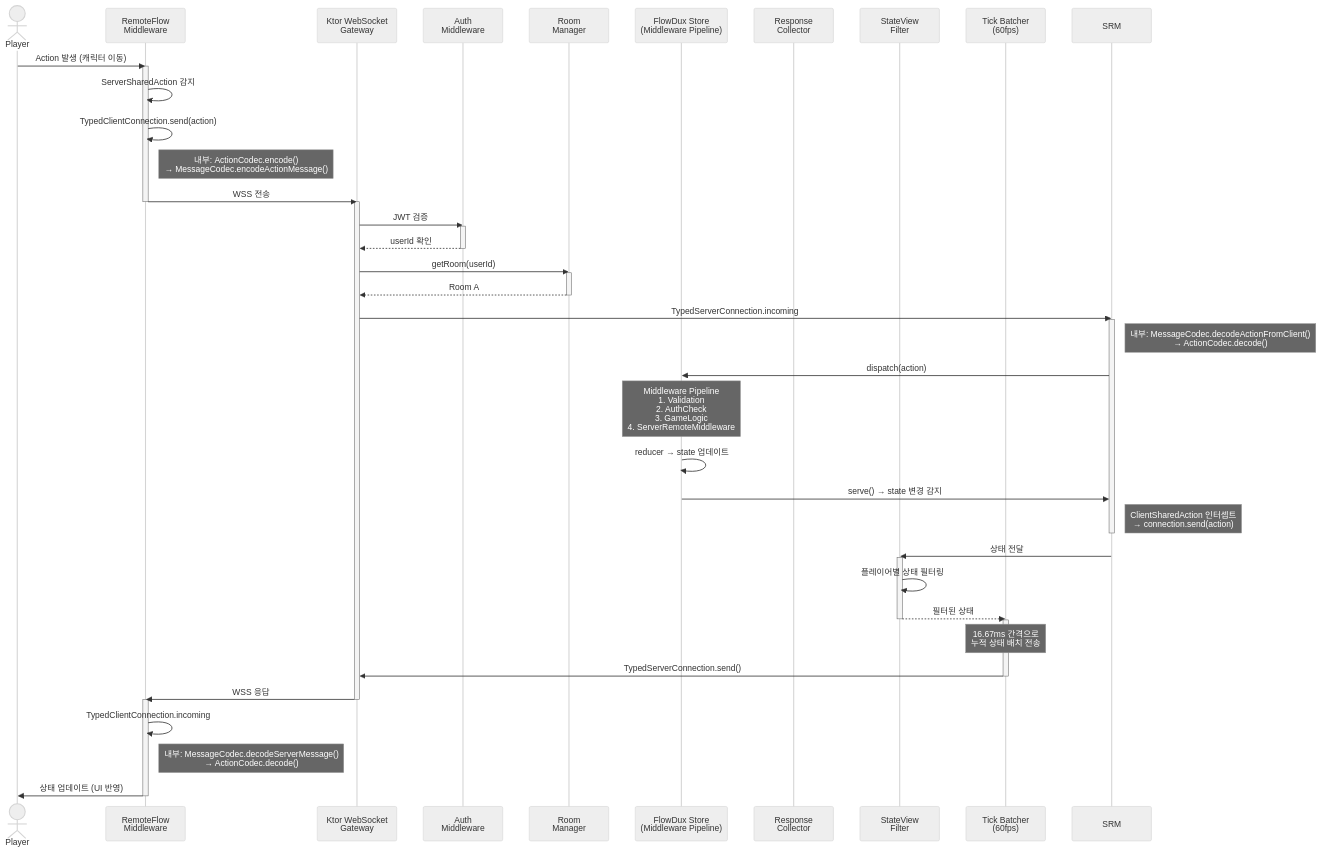
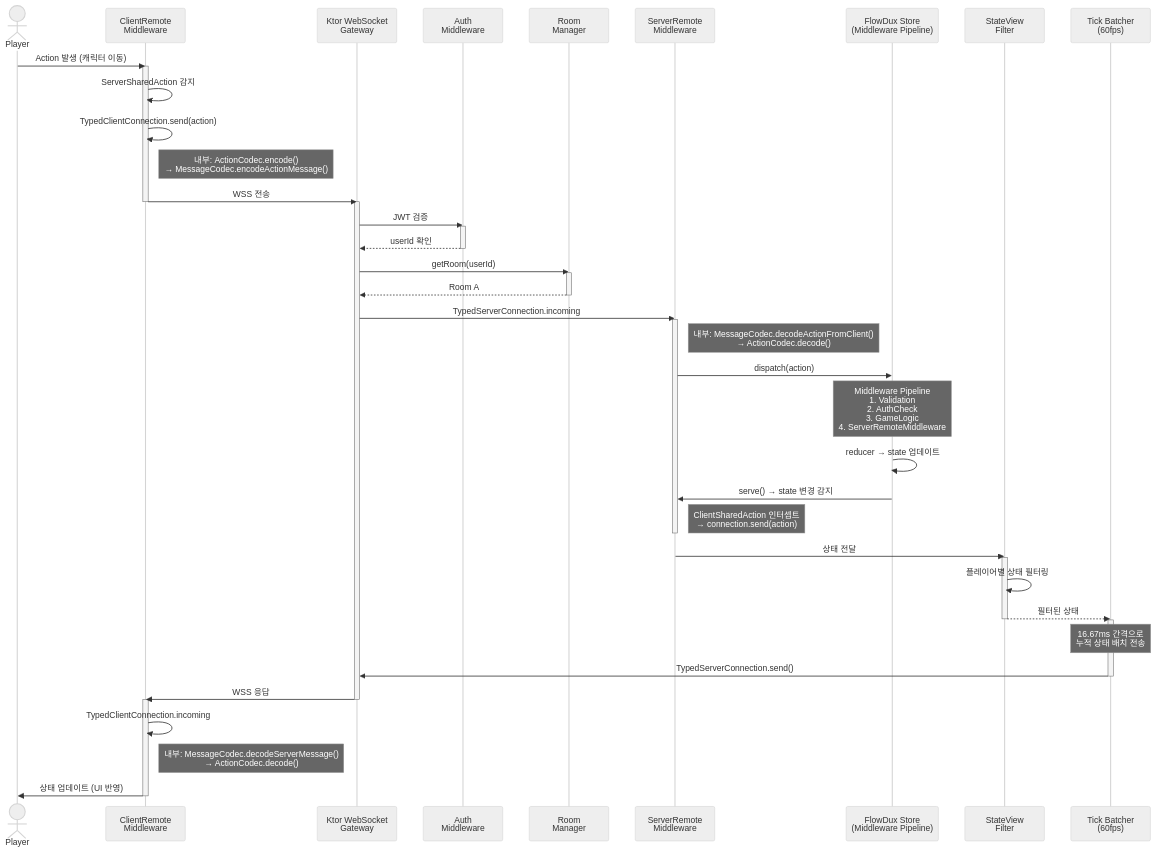
Before and after one commit to chibimoons/flowdux: the second of 4 diagrams in docs/multiplayer-server-architecture.md, drawn with Mermaid (neutral theme). The commit also changed other lines of this file and 98 other files, not shown here.

````diff
--- a/docs/multiplayer-server-architecture.md
+++ b/docs/multiplayer-server-architecture.md
@@ -69,63 +69,63 @@
 ```mermaid
 sequenceDiagram
     actor Player
-    participant Client as RemoteFlow<br/>Middleware
+    participant Client as ClientRemote<br/>Middleware
     participant WS as Ktor WebSocket<br/>Gateway
     participant Auth as Auth<br/>Middleware
     participant Room as Room<br/>Manager
+    participant SRM as ServerRemote<br/>Middleware
     participant Store as FlowDux Store<br/>(Middleware Pipeline)
-    participant Collector as Response<br/>Collector
     participant View as StateView<br/>Filter
     participant Tick as Tick Batcher<br/>(60fps)
 
     Player->>Client: Action 발생 (캐릭터 이동)
     activate Client
     Client->>Client: ServerSharedAction 감지
     Client->>Client: TypedClientConnection.send(action)
     Note right of Client: 내부: ActionCodec.encode()<br/>→ MessageCodec.encodeActionMessage()
     Client->>WS: WSS 전송
     deactivate Client
 
     activate WS
     WS->>Auth: JWT 검증
     activate Auth
     Auth-->>WS: userId 확인
     deactivate Auth
 
     WS->>Room: getRoom(userId)
     activate Room
     Room-->>WS: Room A
     deactivate Room
 
     WS->>SRM: TypedServerConnection.incoming
     activate SRM
     Note right of SRM: 내부: MessageCodec.decodeActionFromClient()<br/>→ ActionCodec.decode()
     SRM->>Store: dispatch(action)
 
     Note over Store: Middleware Pipeline<br/>1. Validation<br/>2. AuthCheck<br/>3. GameLogic<br/>4. ServerRemoteMiddleware
 
     Store->>Store: reducer → state 업데이트
     Store->>SRM: serve() → state 변경 감지
     Note right of SRM: ClientSharedAction 인터셉트<br/>→ connection.send(action)
     deactivate SRM
 
     SRM->>View: 상태 전달
     activate View
     View->>View: 플레이어별 상태 필터링
     View-->>Tick: 필터된 상태
     deactivate View
 
     activate Tick
     Note over Tick: 16.67ms 간격으로<br/>누적 상태 배치 전송
 
     Tick->>WS: TypedServerConnection.send()
     deactivate Tick
 
     WS->>Client: WSS 응답
     deactivate WS
     activate Client
     Client->>Client: TypedClientConnection.incoming
     Note right of Client: 내부: MessageCodec.decodeServerMessage()<br/>→ ActionCodec.decode()
     Client->>Player: 상태 업데이트 (UI 반영)
     deactivate Client
 ```
````
